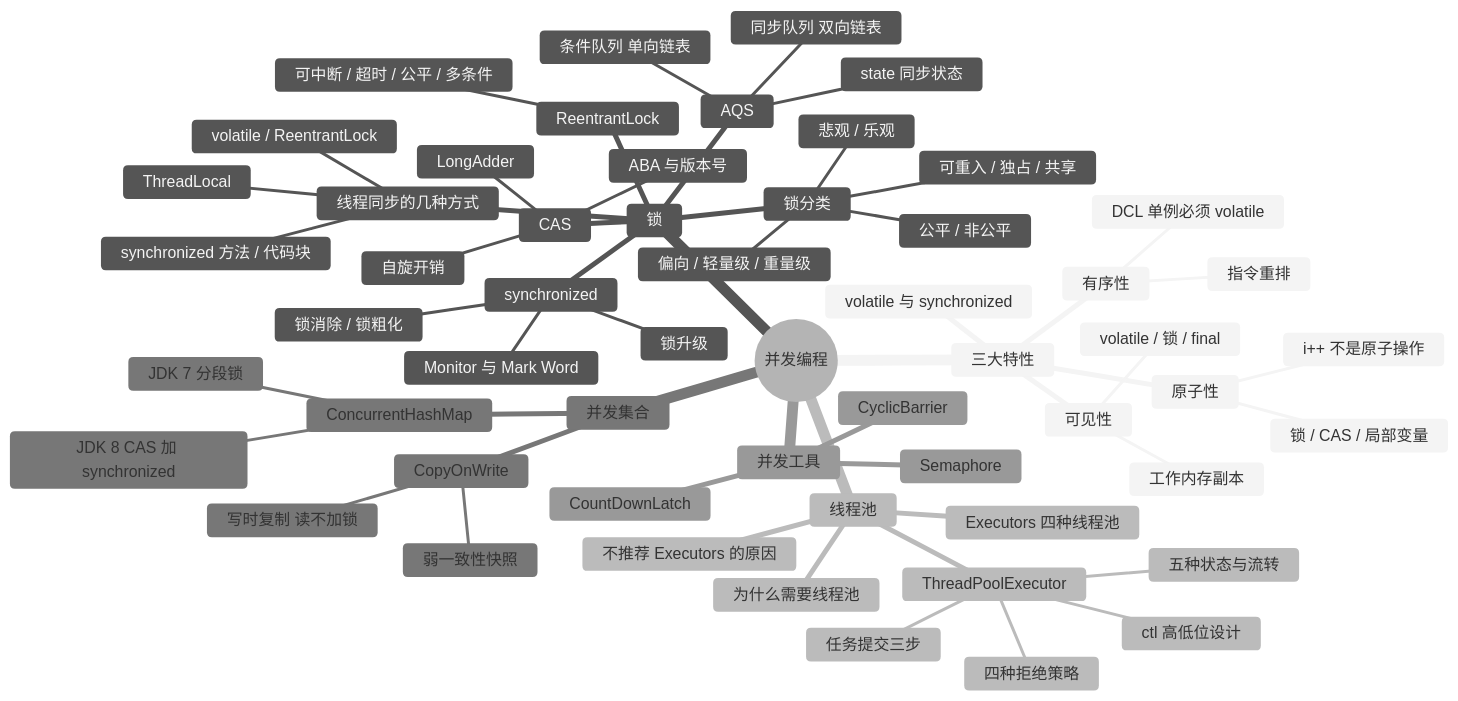
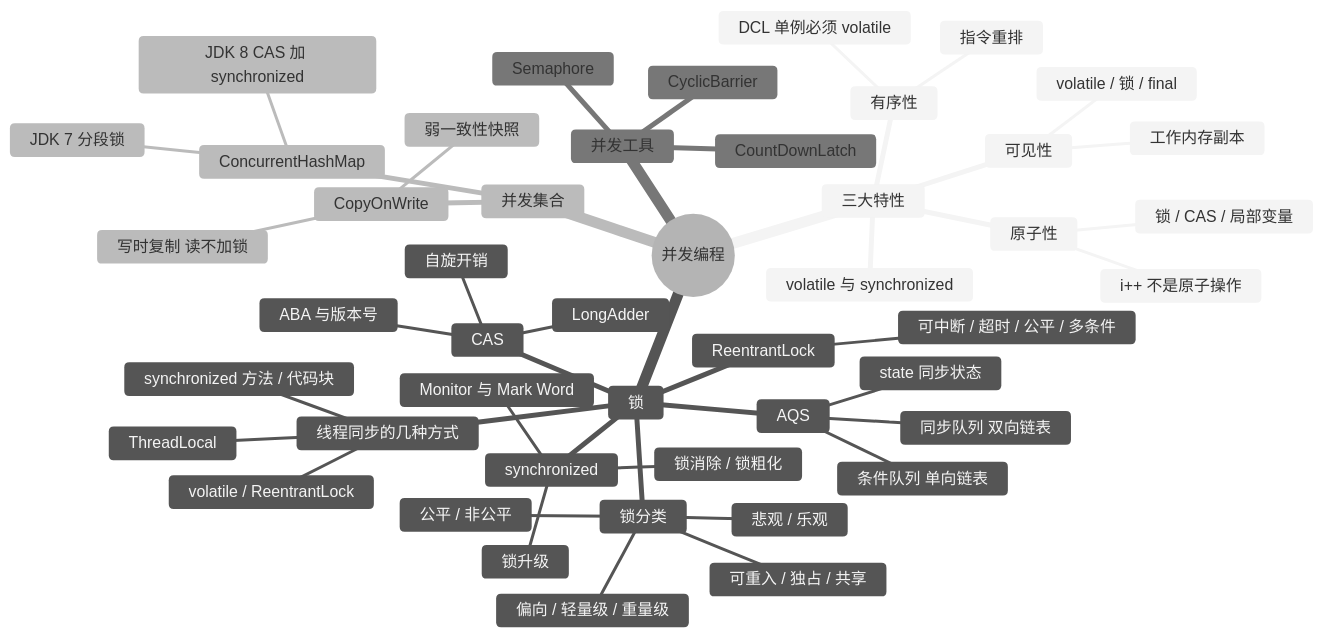
Before and after one commit to chaoyueLin/blog: the diagram in Java/并发编程.md, drawn with Mermaid (neutral theme). The commit also changed other lines of this file and 5 other files, not shown here.

````diff
--- a/Java/并发编程.md
+++ b/Java/并发编程.md
@@ -3,59 +3,50 @@
 ```mermaid
 mindmap
   root((并发编程))
     三大特性
       原子性
         i++ 不是原子操作
         锁 / CAS / 局部变量
       可见性
         工作内存副本
         volatile / 锁 / final
       有序性
         指令重排
         DCL 单例必须 volatile
       volatile 与 synchronized
     锁
       线程同步的几种方式
         synchronized 方法 / 代码块
         volatile / ReentrantLock
         ThreadLocal
       锁分类
         悲观 / 乐观
         公平 / 非公平
         可重入 / 独占 / 共享
         偏向 / 轻量级 / 重量级
       CAS
         ABA 与版本号
         自旋开销
         LongAdder
       synchronized
         Monitor 与 Mark Word
         锁升级
         锁消除 / 锁粗化
       AQS
         state 同步状态
         同步队列 双向链表
         条件队列 单向链表
       ReentrantLock
         可中断 / 超时 / 公平 / 多条件
-    线程池
-      为什么需要线程池
-      Executors 四种线程池
-      不推荐 Executors 的原因
-      ThreadPoolExecutor
-        ctl 高低位设计
-        五种状态与流转
-        任务提交三步
-        四种拒绝策略
     并发集合
       CopyOnWrite
         写时复制 读不加锁
         弱一致性快照
       ConcurrentHashMap
         JDK 7 分段锁
         JDK 8 CAS 加 synchronized
     并发工具
       CountDownLatch
       Semaphore
       CyclicBarrier
 ```
````
